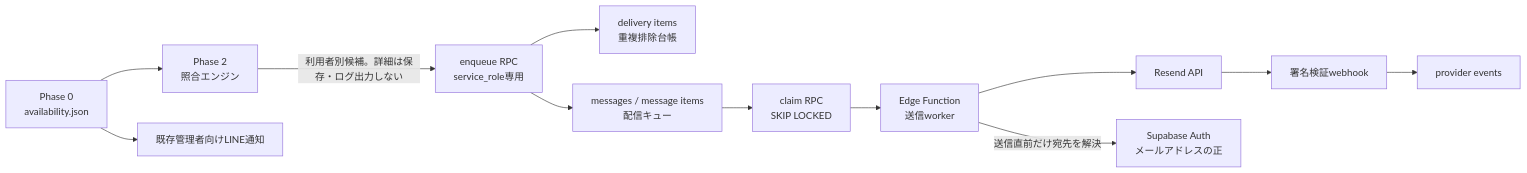
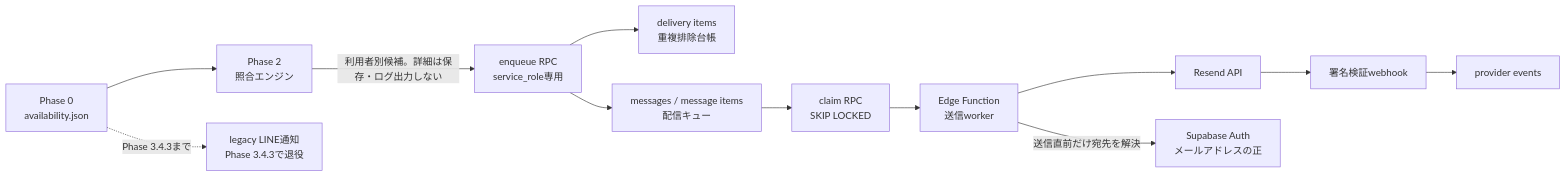
Before and after one commit to mtddzd5vw2-gif/tennis-court-watcher: the diagram in docs/PHASE3_USER_EMAIL_NOTIFICATION_DESIGN.md, drawn with Mermaid. The commit also changed other lines of this file and 6 other files, not shown here.

````diff
--- a/docs/PHASE3_USER_EMAIL_NOTIFICATION_DESIGN.md
+++ b/docs/PHASE3_USER_EMAIL_NOTIFICATION_DESIGN.md
@@ -29,27 +42,27 @@
 ```mermaid
 flowchart LR
     A["Phase 0<br>availability.json"]
     M["Phase 2<br>照合エンジン"]
     E["enqueue RPC<br>service_role専用"]
     D["delivery items<br>重複排除台帳"]
     Q["messages / message items<br>配信キュー"]
     C["claim RPC<br>SKIP LOCKED"]
     F["Edge Function<br>送信worker"]
     R["Resend API"]
     W["署名検証webhook"]
     P["provider events"]
     U["Supabase Auth<br>メールアドレスの正"]
-    L["既存管理者向けLINE通知"]
+    L["legacy LINE通知<br>Phase 3.4.3で退役"]
 
     A --> M
-    A --> L
+    A -. "Phase 3.4.3まで" .-> L
     M -->|"利用者別候補。詳細は保存・ログ出力しない"| E
     E --> D
     E --> Q
     Q --> C
     C --> F
     F -->|"送信直前だけ宛先を解決"| U
     F --> R
     R --> W
     W --> P
 ```
````
